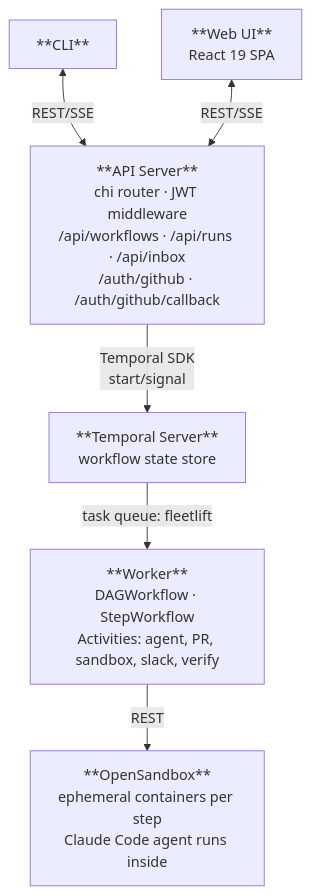
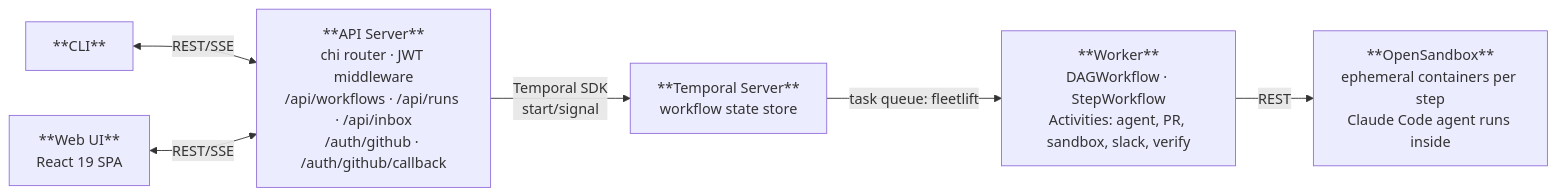
One commit to tinkerloft/fleetlift changed the diagram in README.md. Above: the diagram before and after it, drawn with Mermaid.

Commit message:
Change architecture diagram layout from top-down to left-right

````diff
--- a/README.md
+++ b/README.md
@@ -169,15 +169,15 @@
 ```mermaid
-flowchart TD
+flowchart LR
     CLI["**CLI**"]
     WebUI["**Web UI**<br/>React 19 SPA"]
     API["**API Server**<br/>chi router · JWT middleware<br/>/api/workflows · /api/runs · /api/inbox<br/>/auth/github · /auth/github/callback"]
     Temporal["**Temporal Server**<br/>workflow state store"]
     Worker["**Worker**<br/>DAGWorkflow · StepWorkflow<br/>Activities: agent, PR, sandbox, slack, verify"]
     Sandbox["**OpenSandbox**<br/>ephemeral containers per step<br/>Claude Code agent runs inside"]
 
     CLI <-->|REST/SSE| API
     WebUI <-->|REST/SSE| API
     API -->|"Temporal SDK<br/>start/signal"| Temporal
     Temporal -->|"task queue: fleetlift"| Worker
     Worker -->|REST| Sandbox
 ```
````
